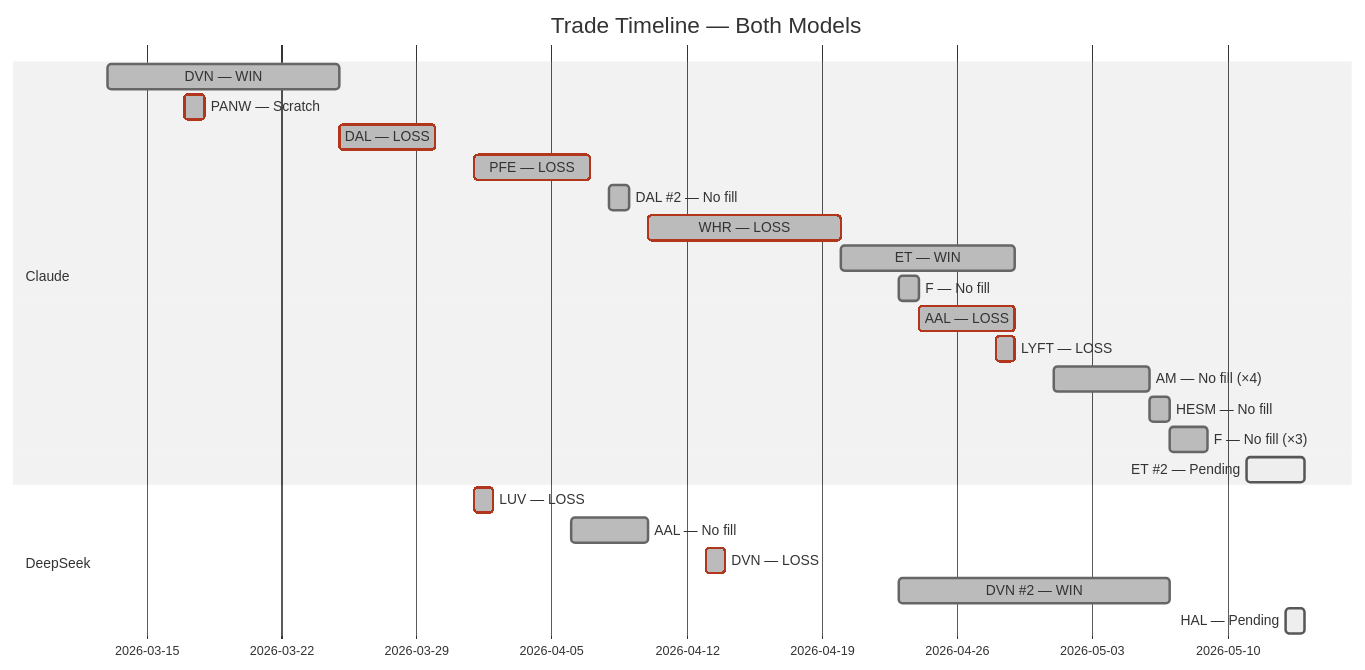
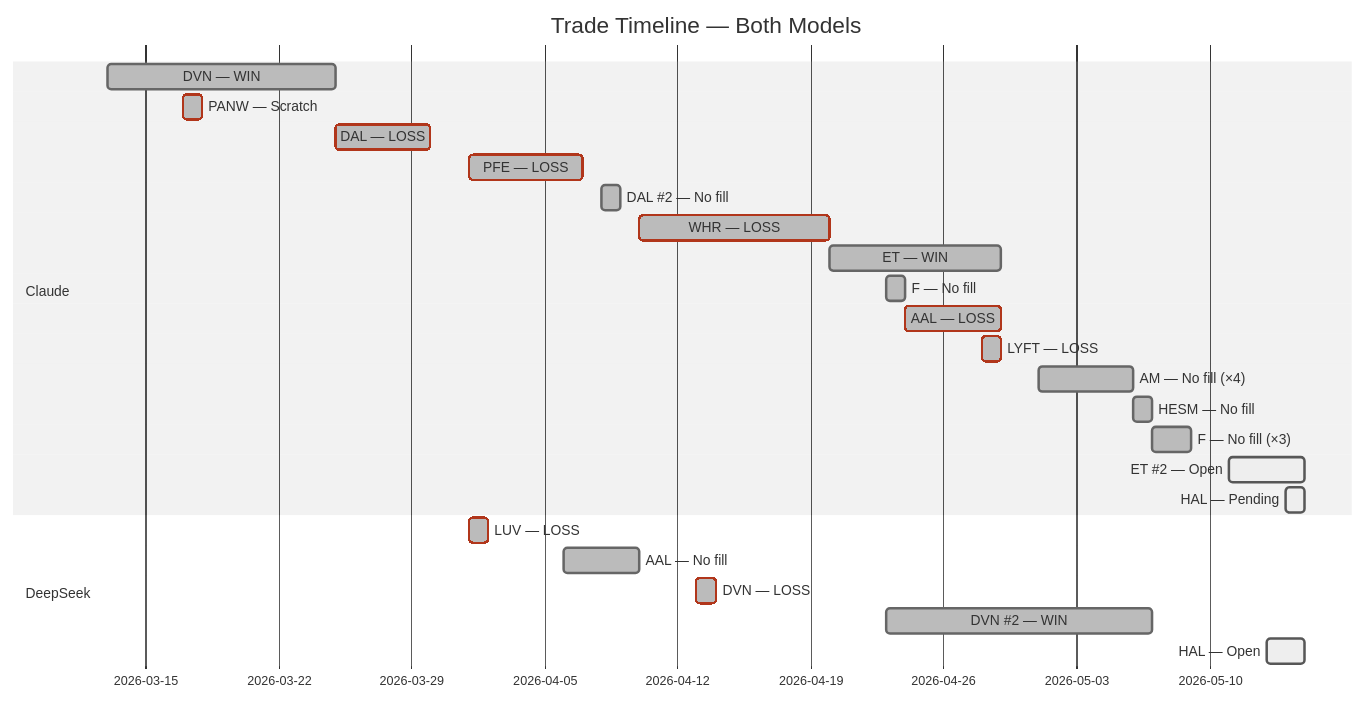
Before and after one commit to zachisit/ai-auto-buy-thesis: the fifth of 5 diagrams in README.md, drawn with Mermaid (neutral theme). The commit also changed other lines of this file and 2 other files, not shown here.

````diff
--- a/README.md
+++ b/README.md
@@ -63,26 +63,27 @@
 ```mermaid
 gantt
     title Trade Timeline — Both Models
     dateFormat YYYY-MM-DD
     section Claude
     DVN — WIN            :done,    2026-03-13, 2026-03-25
     PANW — Scratch       :crit, done, 2026-03-17, 2026-03-18
     DAL — LOSS           :crit, done, 2026-03-25, 2026-03-30
     PFE — LOSS           :crit, done, 2026-04-01, 2026-04-07
     DAL #2 — No fill     :done,    2026-04-08, 2026-04-09
     WHR — LOSS           :crit, done, 2026-04-10, 2026-04-20
     ET — WIN             :done,    2026-04-20, 2026-04-29
     F — No fill          :done,    2026-04-23, 2026-04-24
     AAL — LOSS           :crit, done, 2026-04-24, 2026-04-29
     LYFT — LOSS          :crit, done, 2026-04-28, 2026-04-29
     AM — No fill (×4)    :done,    2026-05-01, 2026-05-06
     HESM — No fill       :done,    2026-05-06, 2026-05-07
     F — No fill (×3)     :done,    2026-05-07, 2026-05-09
-    ET #2 — Pending      :active,  2026-05-11, 2026-05-14
+    ET #2 — Open         :active,  2026-05-11, 2026-05-15
+    HAL — Pending        :active,  2026-05-14, 2026-05-15
     section DeepSeek
     LUV — LOSS           :crit, done, 2026-04-01, 2026-04-02
     AAL — No fill        :done,    2026-04-06, 2026-04-10
     DVN — LOSS           :crit, done, 2026-04-13, 2026-04-14
     DVN #2 — WIN         :done,    2026-04-23, 2026-05-07
-    HAL — Pending        :active,  2026-05-13, 2026-05-14
+    HAL — Open           :active,  2026-05-13, 2026-05-15
 ```
````
